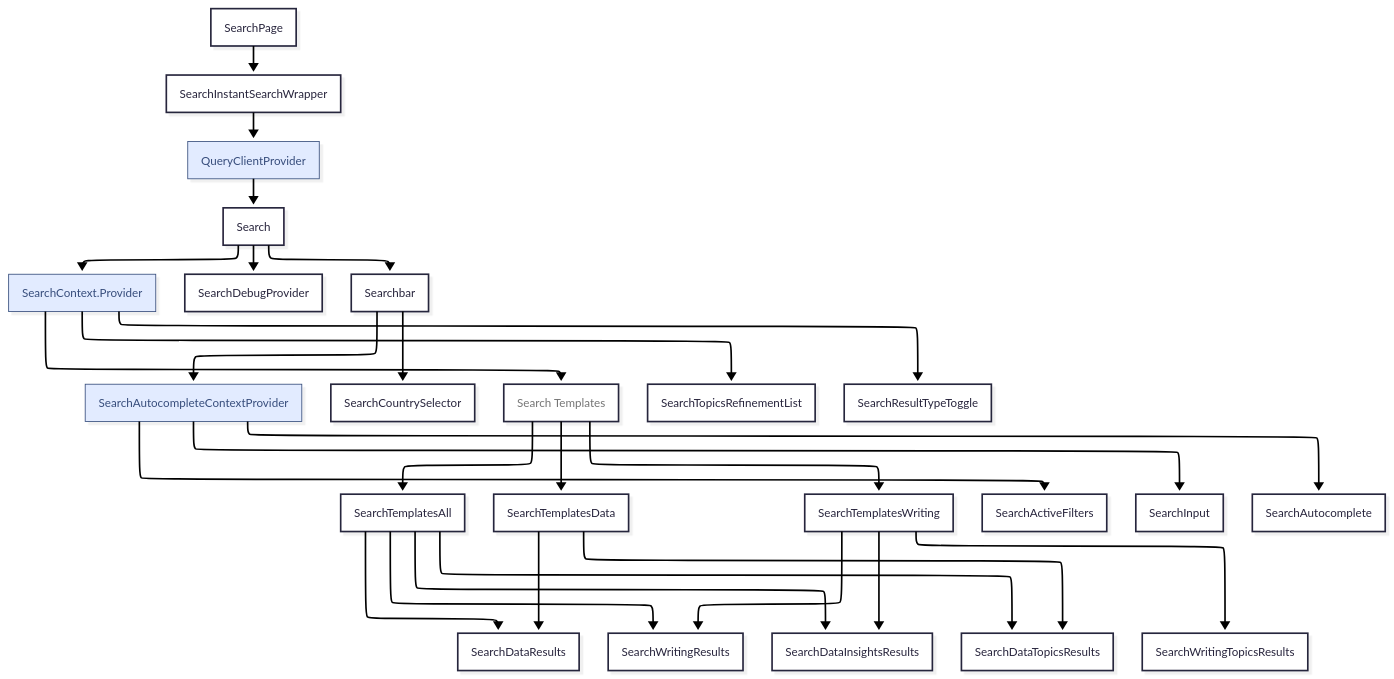
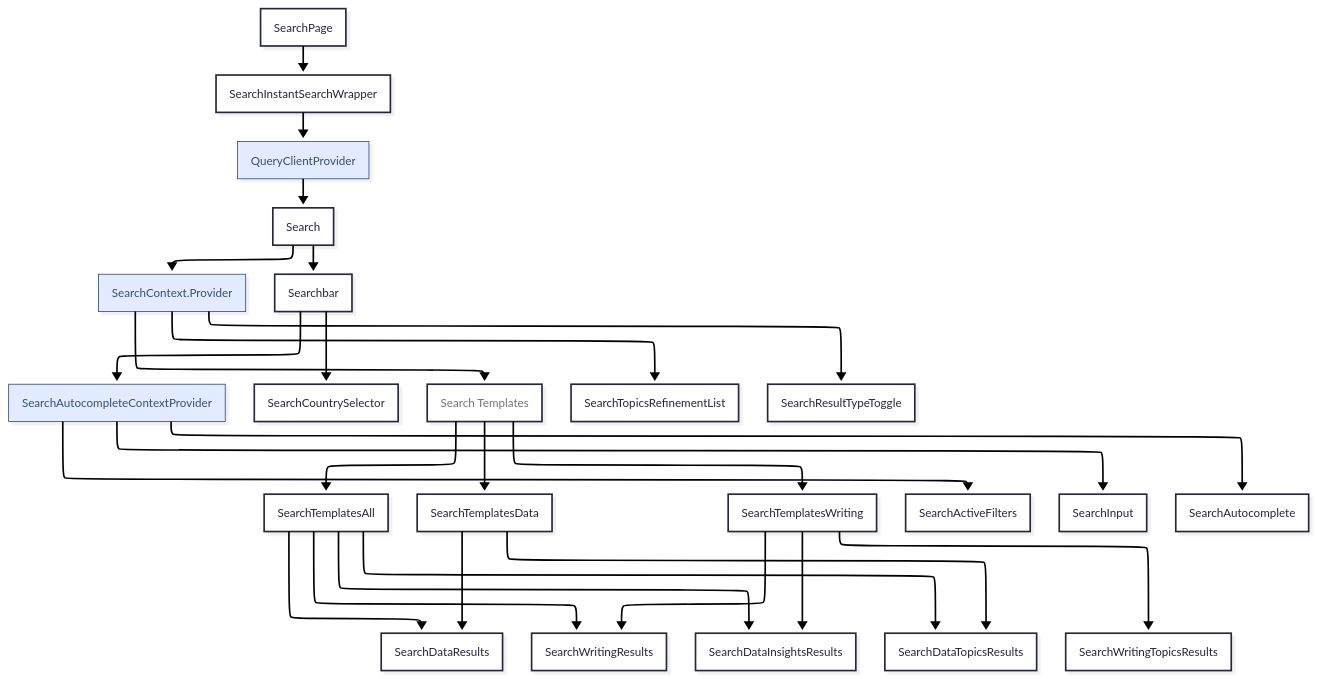
One commit to owid/owid-grapher changed the first of 2 diagrams in site/search/README.md. Above: the diagram before and after it, drawn with Mermaid. The commit also changed 8 other files, not shown here.

Commit message:
refactor(search): remove debug tools

````diff
--- a/site/search/README.md
+++ b/site/search/README.md
@@ -64,25 +64,25 @@
 ```mermaid
 ---
 config:
   theme: redux
   look: neo
   layout: elk
 ---
 flowchart TD
     A["SearchPage"] --> B["SearchInstantSearchWrapper"]
     B --> n3["QueryClientProvider"]
-    C["Search"] --> D["SearchContext.Provider"] & E["SearchDebugProvider"] & F["Searchbar"]
+    C["Search"] --> D["SearchContext.Provider"] & F["Searchbar"]
     F --> J["SearchAutocompleteContextProvider"] & N["SearchCountrySelector"]
     I["Search Templates"] --> O["SearchTemplatesAll"] & P["SearchTemplatesData"] & Q["SearchTemplatesWriting"]
     O --> R["SearchDataResults"] & S["SearchWritingResults"] & T["SearchDataInsightsResults"] & n1["SearchDataTopicsResults"]
     J --> L["SearchActiveFilters"] & K["SearchInput"] & M["SearchAutocomplete"]
     D --> G["SearchTopicsRefinementList"] & H["SearchResultTypeToggle"] & I
     Q --> n2["SearchWritingTopicsResults"] & S & T
     P --> n1 & R
     n3 --> C
      n3:::Sky
      D:::Sky
      J:::Sky
     classDef Sky stroke-width:1px, stroke-dasharray:none, stroke:#374D7C, fill:#E2EBFF, color:#374D7C
     style I color:#757575
 ```
````
